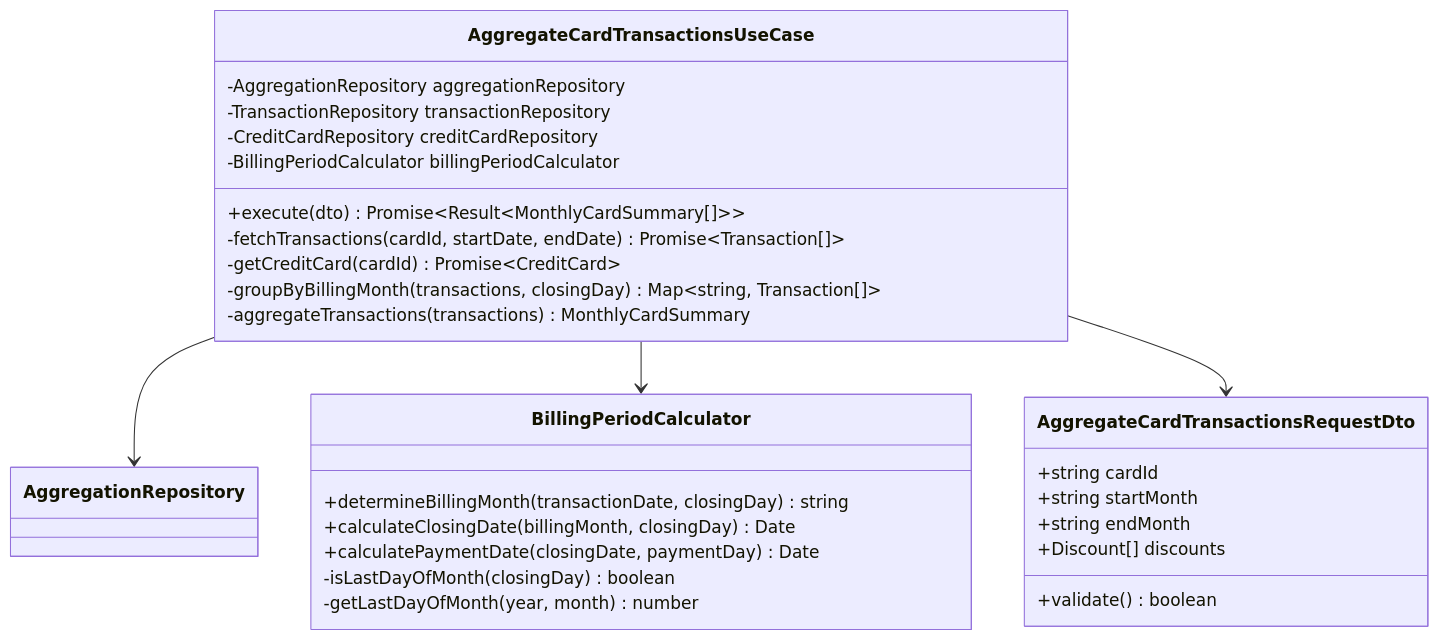
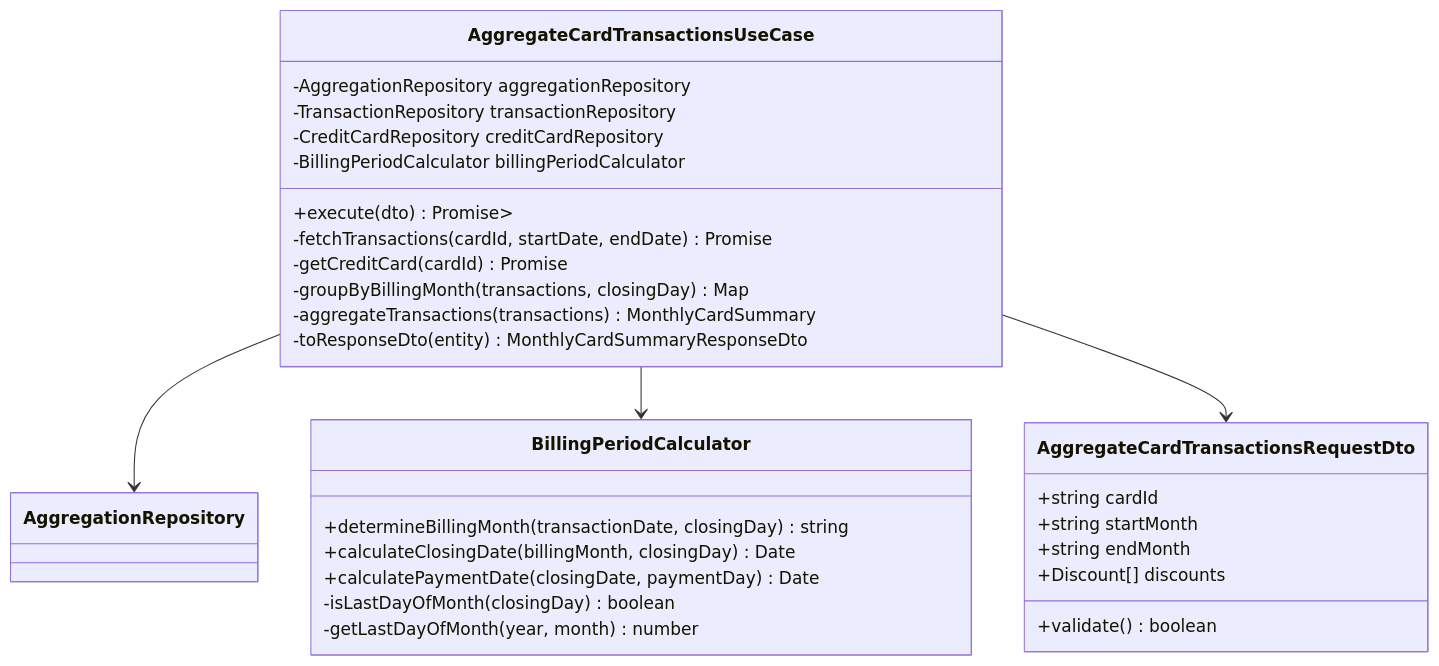
The second of 6 diagrams in docs/detailed-design/FR-012_credit-card-monthly-aggregation/class-diagrams.md (kencom2400/account-book), drawn with Mermaid before and after one commit. The commit also changed other lines of this file and 2 other files, not shown here.

````diff
--- a/docs/detailed-design/FR-012_credit-card-monthly-aggregation/class-diagrams.md
+++ b/docs/detailed-design/FR-012_credit-card-monthly-aggregation/class-diagrams.md
@@ -143,34 +117,35 @@
 ```mermaid
 classDiagram
     class AggregateCardTransactionsUseCase {
         -AggregationRepository aggregationRepository
         -TransactionRepository transactionRepository
         -CreditCardRepository creditCardRepository
         -BillingPeriodCalculator billingPeriodCalculator
-        +execute(dto) Promise~Result~MonthlyCardSummary[]~~
-        -fetchTransactions(cardId, startDate, endDate) Promise~Transaction[]~
-        -getCreditCard(cardId) Promise~CreditCard~
-        -groupByBillingMonth(transactions, closingDay) Map~string, Transaction[]~
+        +execute(dto) Promise<Result<MonthlyCardSummaryResponseDto[]>>
+        -fetchTransactions(cardId, startDate, endDate) Promise<Transaction[]>
+        -getCreditCard(cardId) Promise<CreditCard>
+        -groupByBillingMonth(transactions, closingDay) Map<string, Transaction[]>
         -aggregateTransactions(transactions) MonthlyCardSummary
+        -toResponseDto(entity) MonthlyCardSummaryResponseDto
     }
 
     class BillingPeriodCalculator {
         +determineBillingMonth(transactionDate, closingDay) string
         +calculateClosingDate(billingMonth, closingDay) Date
         +calculatePaymentDate(closingDate, paymentDay) Date
         -isLastDayOfMonth(closingDay) boolean
         -getLastDayOfMonth(year, month) number
     }
 
     class AggregateCardTransactionsRequestDto {
         +string cardId
         +string startMonth
         +string endMonth
         +Discount[] discounts
         +validate() boolean
     }
 
     AggregateCardTransactionsUseCase --> AggregationRepository
     AggregateCardTransactionsUseCase --> BillingPeriodCalculator
     AggregateCardTransactionsUseCase --> AggregateCardTransactionsRequestDto
 ```
````
